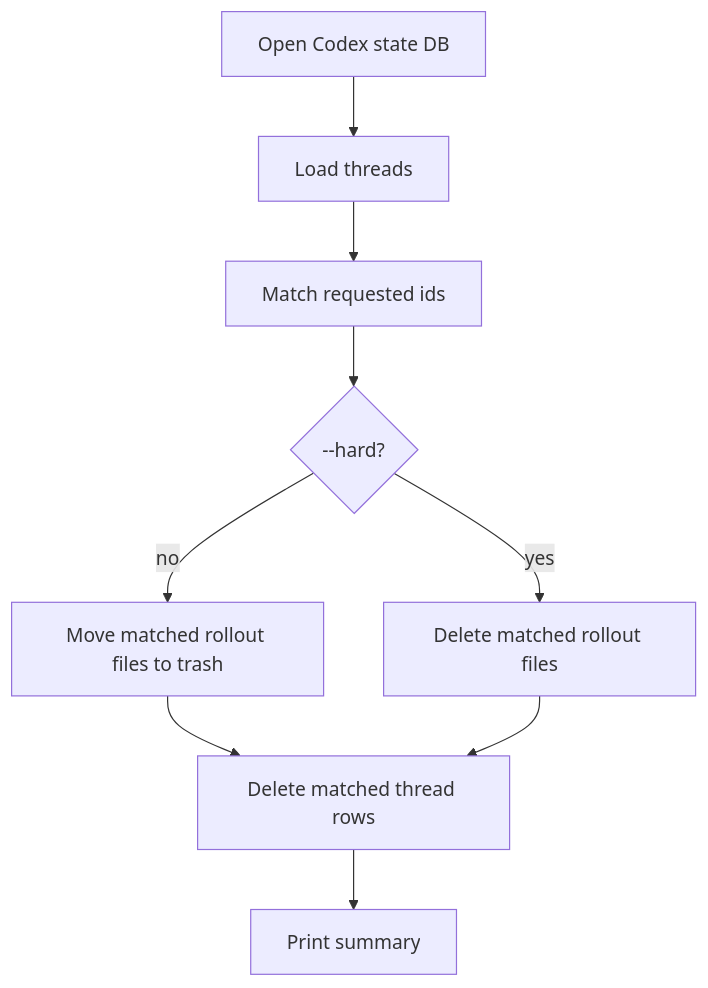
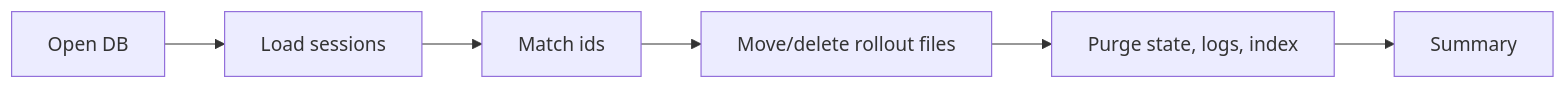
The fourth of 5 diagrams in README.md (lemonbu5h/dexcow), drawn with Mermaid before and after one commit. The commit also changed other lines of this file and 9 other files, not shown here.

Commit message:
fix: purge complete Codex session state (#2)

````diff
--- a/README.md
+++ b/README.md
@@ -75,11 +69,8 @@
 ```mermaid
-flowchart TD
-  A["Open Codex state DB"] --> B["Load threads"]
-  B --> C["Match requested ids"]
-  C --> D{"--hard?"}
-  D -->|"no"| E["Move matched rollout files to trash"]
-  D -->|"yes"| F["Delete matched rollout files"]
-  E --> G["Delete matched thread rows"]
-  F --> G
-  G --> H["Print summary"]
+flowchart LR
+  A["Open DB"] --> B["Load sessions"]
+  B --> C["Match ids"]
+  C --> D["Move/delete rollout files"]
+  D --> E["Purge state, logs, index"]
+  E --> F["Summary"]
 ```
````
